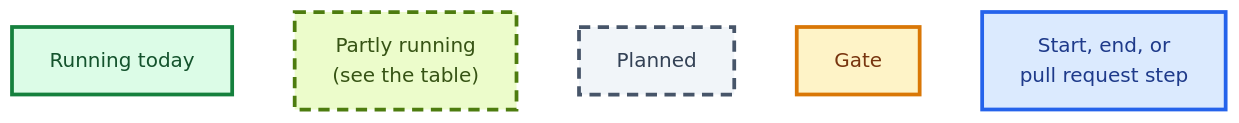
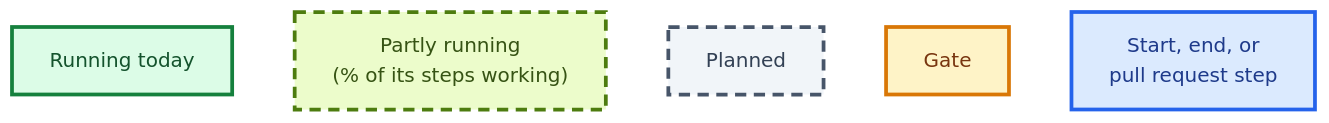
Before and after one commit to IT7993-FALL-2026-PEERS/ProjectPeerEvaluation: the second of 4 diagrams in README.md, drawn with Mermaid (forest theme). The commit also changed other lines of this file, not shown here.

First line of the commit message:
Show how much of each partly running pipeline box works

````diff
--- a/README.md
+++ b/README.md
@@ -119,16 +119,16 @@
 ```mermaid
 flowchart LR
-    L1["Running today"] ~~~ L2["Partly running<br/>(see the table)"] ~~~ L3["Planned"] ~~~ L4["Gate"] ~~~ L5["Start, end, or<br/>pull request step"]
+    L1["Running today"] ~~~ L2["Partly running<br/>(% of its steps working)"] ~~~ L3["Planned"] ~~~ L4["Gate"] ~~~ L5["Start, end, or<br/>pull request step"]
 
     classDef done fill:#dcfce7,stroke:#15803d,color:#14532d,stroke-width:3px
     classDef partial fill:#ecfccb,stroke:#4d7c0f,color:#365314,stroke-width:3px,stroke-dasharray: 9 6
     classDef planned fill:#f1f5f9,stroke:#475569,color:#334155,stroke-width:3px,stroke-dasharray: 9 6
     classDef gate fill:#fef3c7,stroke:#d97706,color:#78350f,stroke-width:3px
     classDef endpoint fill:#dbeafe,stroke:#2563eb,color:#1e3a8a,stroke-width:3px
 
     class L1 done
     class L2 partial
     class L3 planned
     class L4 gate
     class L5 endpoint
 ```
````
